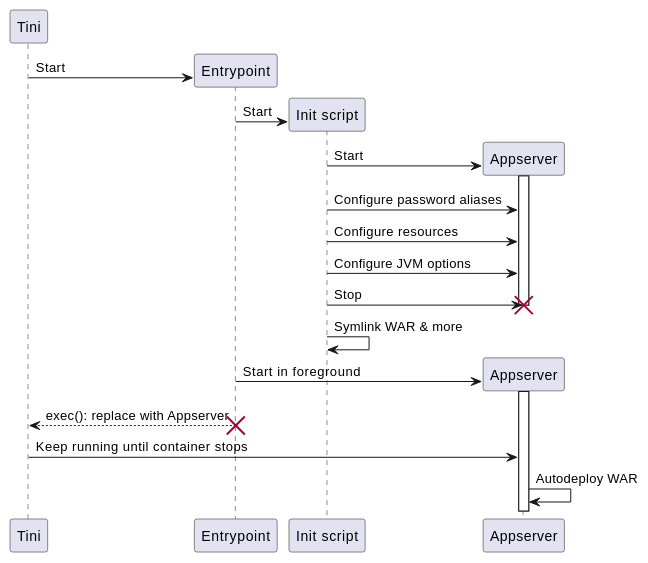
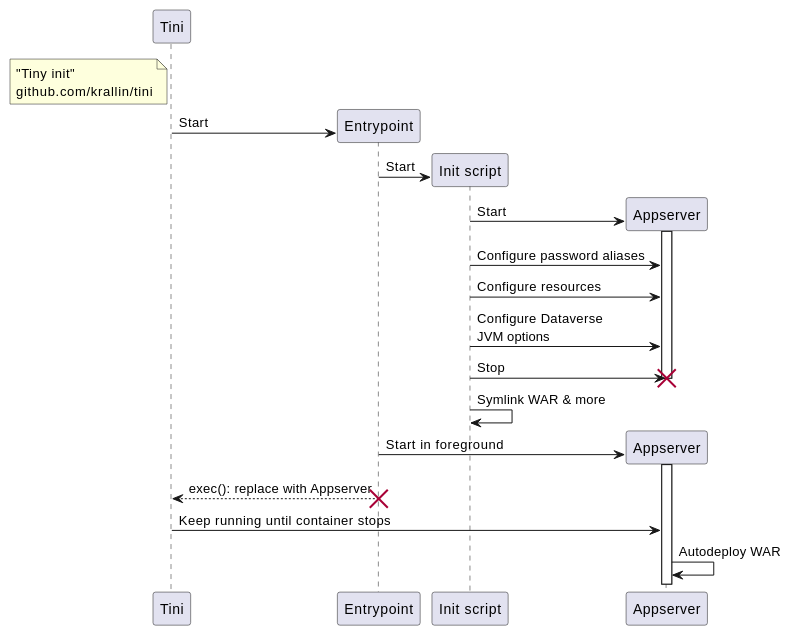
The second of 2 diagrams in docs/how-it-works.md (HyperSpec-FDM/dataverse-kubernetes), drawn with PlantUML before and after one commit. The commit also changed other lines of this file, not shown here.

```diff
--- a/docs/how-it-works.md
+++ b/docs/how-it-works.md
@@ -79,29 +79,30 @@
   @startuml
   participant Tini
+  note left Tini: "Tiny init"\ngithub.com/krallin/tini
   participant "Entrypoint" as E
   participant "Init script" as I
   participant "Appserver" as A
 
   create E
   Tini -> E: Start
   create I
   E -> I: Start
 
   create A
   I -> A: Start
   activate A
   I -> A: Configure password aliases
   I -> A: Configure resources
-  I -> A: Configure JVM options
+  I -> A: Configure Dataverse\nJVM options
   I -> A: Stop
   destroy A
   I -> I: Symlink WAR & more
 
   create A
   E -> A: Start in foreground
   activate A
   E --> Tini: exec(): replace with Appserver
   destroy E
   Tini -> A: Keep running until container stops
   A -> A: Autodeploy WAR
   @enduml
```
